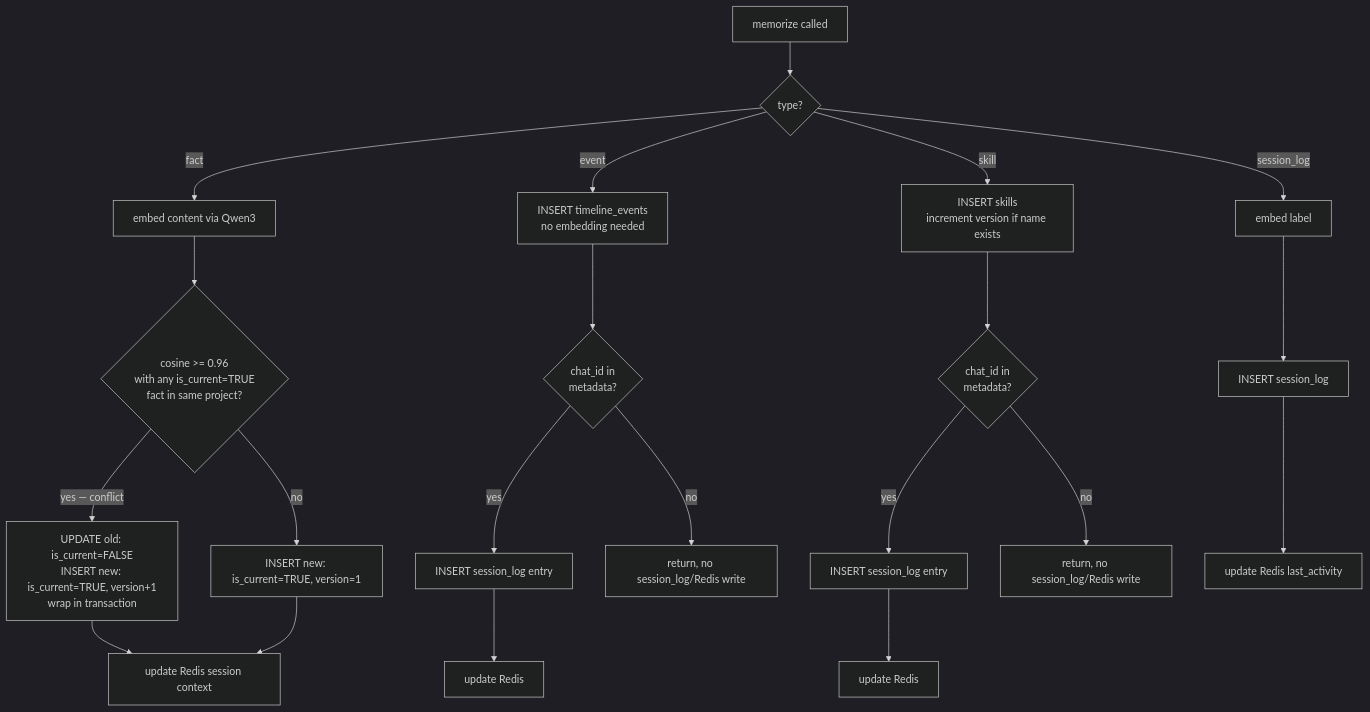
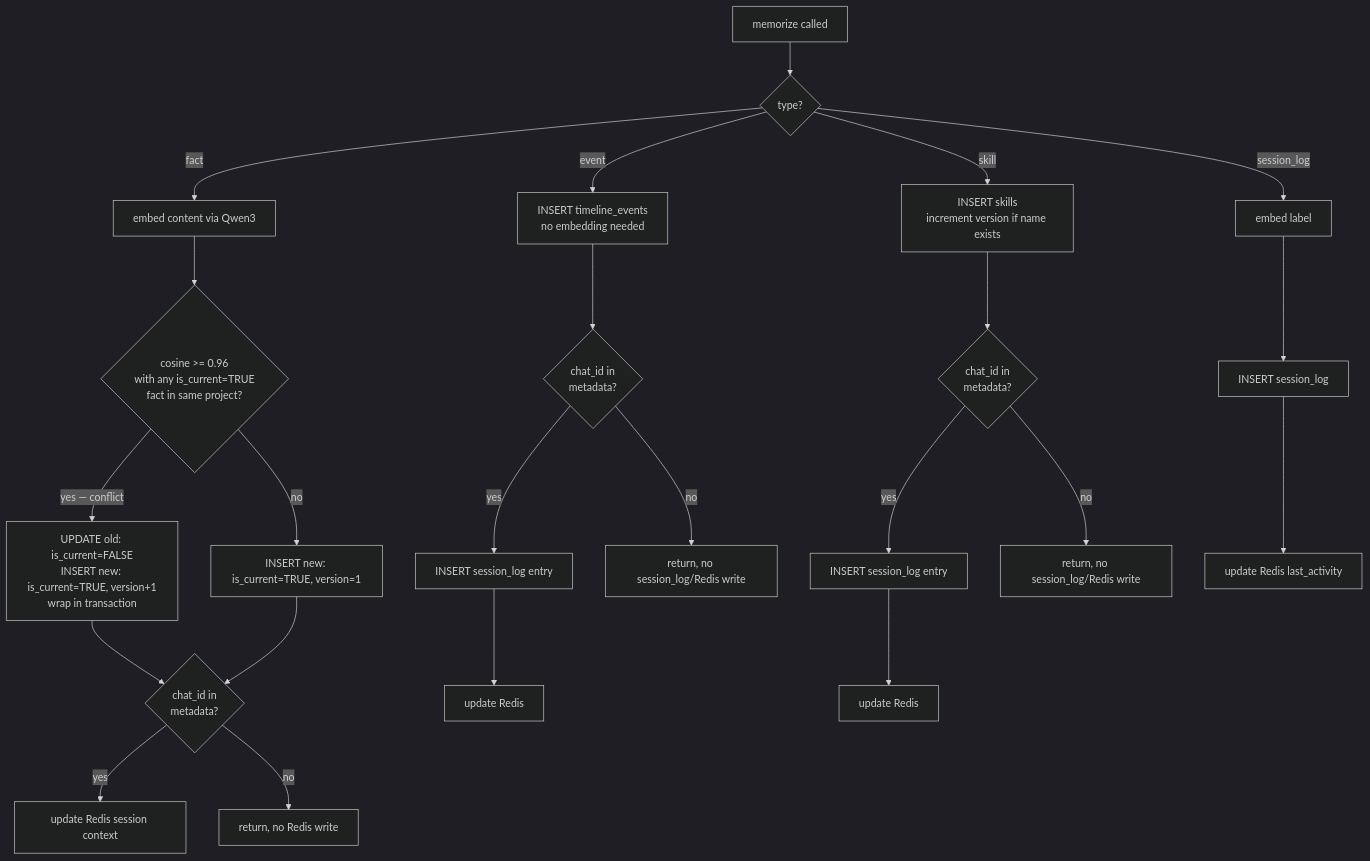
The diagram in CLAUDE.md (eclecticBelletrist/mlms), drawn with Mermaid (dark theme) before and after one commit. The commit also changed other lines of this file, not shown here.

````diff
--- a/CLAUDE.md
+++ b/CLAUDE.md
@@ -60,27 +41,29 @@
 ```mermaid
 flowchart TD
   IN[memorize called] --> T{type?}
 
   T -->|fact| EMB[embed content via Qwen3]
   EMB --> CC{cosine >= 0.96\nwith any is_current=TRUE\nfact in same project?}
   CC -->|yes — conflict| UPD[UPDATE old: is_current=FALSE\nINSERT new: is_current=TRUE, version+1\nwrap in transaction]
   CC -->|no| INS[INSERT new: is_current=TRUE, version=1]
-  UPD --> RC[update Redis session context]
-  INS --> RC
+  UPD --> CH{chat_id in\nmetadata?}
+  INS --> CH
+  CH -->|yes| RC[update Redis session context]
+  CH -->|no| DONE0[return, no Redis write]
 
   T -->|event| TLE[INSERT timeline_events\nno embedding needed]
   TLE --> ECH{chat_id in\nmetadata?}
   ECH -->|yes| SLE[INSERT session_log entry]
   SLE --> RE[update Redis]
   ECH -->|no| DONE1[return, no session_log/Redis write]
 
   T -->|skill| SKI[INSERT skills\nincrement version if name exists]
   SKI --> SCH{chat_id in\nmetadata?}
   SCH -->|yes| SLS[INSERT session_log entry]
   SLS --> RES[update Redis]
   SCH -->|no| DONE2[return, no session_log/Redis write]
 
   T -->|session_log| EMBL[embed label]
   EMBL --> SLL[INSERT session_log]
   SLL --> RL[update Redis last_activity]
 ```
````
